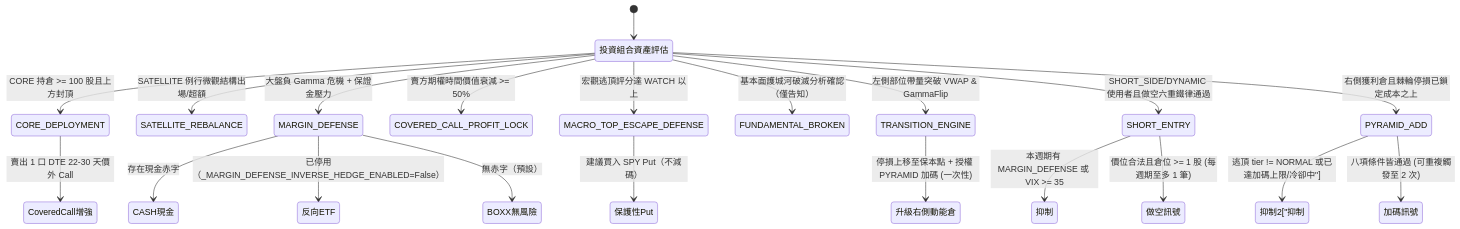
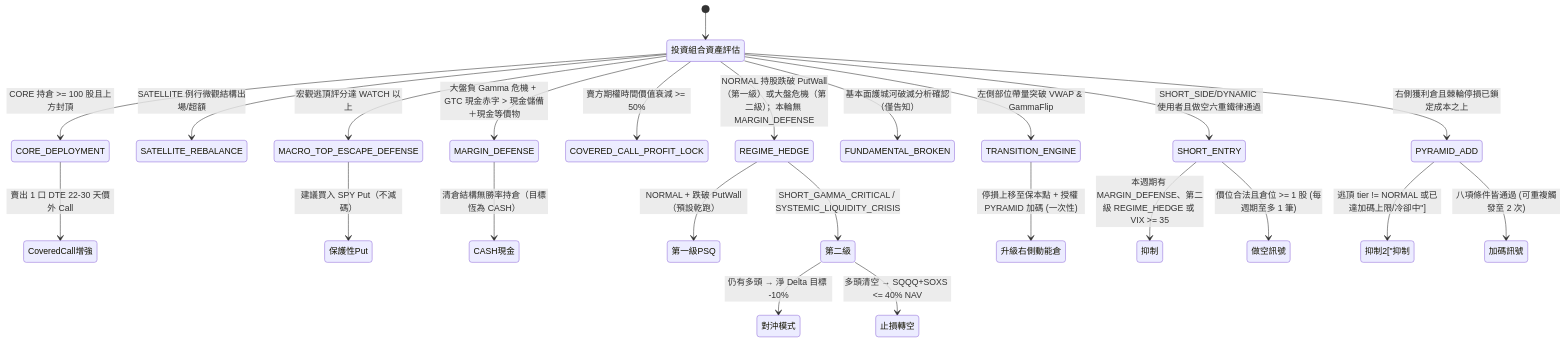
The first of 2 diagrams in docs/strategies/04_dynamic_rollover_state_machine.md (cosmo-chang-1701/nexus-seeker), drawn with Mermaid before and after one commit. The commit also changed other lines of this file and 28 other files, not shown here.

First line of the commit message:
sop(regime-hedge): 兩級體制避險（震盪 PSQ／急跌 SQQQ·SOXS）取代保證金防禦無赤字反向 ETF 路由 (#202)

````diff
--- a/docs/strategies/04_dynamic_rollover_state_machine.md
+++ b/docs/strategies/04_dynamic_rollover_state_machine.md
@@ -180,30 +197,34 @@
 ```mermaid
 stateDiagram-v2
     [*] --> 投資組合資產評估
 
     投資組合資產評估 --> CORE_DEPLOYMENT: CORE 持倉 >= 100 股且上方封頂
     投資組合資產評估 --> SATELLITE_REBALANCE: SATELLITE 例行微觀結構出場/超額
-    投資組合資產評估 --> MARGIN_DEFENSE: 大盤負 Gamma 危機 + 保證金壓力
+    投資組合資產評估 --> MARGIN_DEFENSE: 大盤負 Gamma 危機 + GTC 現金赤字 > 現金儲備＋現金等價物
+    投資組合資產評估 --> REGIME_HEDGE: NORMAL 持股跌破 PutWall（第一級）或大盤危機（第二級）；本輪無 MARGIN_DEFENSE
     投資組合資產評估 --> COVERED_CALL_PROFIT_LOCK: 賣方期權時間價值衰減 >= 50%
     投資組合資產評估 --> MACRO_TOP_ESCAPE_DEFENSE: 宏觀逃頂評分達 WATCH 以上
     投資組合資產評估 --> FUNDAMENTAL_BROKEN: 基本面護城河破滅分析確認（僅告知）
     投資組合資產評估 --> TRANSITION_ENGINE: 左側部位帶量突破 VWAP & GammaFlip
     投資組合資產評估 --> SHORT_ENTRY: SHORT_SIDE/DYNAMIC 使用者且做空六重鐵律通過
     投資組合資產評估 --> PYRAMID_ADD: 右側獲利倉且棘輪停損已鎖定成本之上
 
     CORE_DEPLOYMENT --> CoveredCall增強: 賣出 1 口 DTE 22-30 天價外 Call
 
     MACRO_TOP_ESCAPE_DEFENSE --> 保護性Put: 建議買入 SPY Put（不減碼）
 
-    MARGIN_DEFENSE --> CASH現金: 存在現金赤字
-    MARGIN_DEFENSE --> 反向ETF: 已停用（_MARGIN_DEFENSE_INVERSE_HEDGE_ENABLED=False）
-    MARGIN_DEFENSE --> BOXX無風險: 無赤字（預設）
+    MARGIN_DEFENSE --> CASH現金: 清倉結構無勝率持倉（目標恆為 CASH）
+
+    REGIME_HEDGE --> 第一級PSQ: NORMAL + 跌破 PutWall（預設乾跑）
+    REGIME_HEDGE --> 第二級: SHORT_GAMMA_CRITICAL / SYSTEMIC_LIQUIDITY_CRISIS
+    第二級 --> 對沖模式: 仍有多頭 → 淨 Delta 目標 -10%
+    第二級 --> 止損轉空: 多頭清空 → SQQQ+SOXS <= 40% NAV
 
     TRANSITION_ENGINE --> 升級右側動能倉: 停損上移至保本點 + 授權 PYRAMID 加碼 (一次性)
 
-    SHORT_ENTRY --> 抑制: 本週期有 MARGIN_DEFENSE 或 VIX >= 35
+    SHORT_ENTRY --> 抑制: 本週期有 MARGIN_DEFENSE、第二級 REGIME_HEDGE 或 VIX >= 35
     SHORT_ENTRY --> 做空訊號: 價位合法且倉位 >= 1 股 (每週期至多 1 筆)
 
     PYRAMID_ADD --> 抑制2["抑制: 逃頂 tier != NORMAL 或已達加碼上限/冷卻中"]
     PYRAMID_ADD --> 加碼訊號: 八項條件皆通過 (可重複觸發至 2 次)
 ```
````
